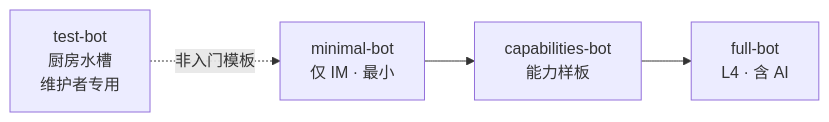
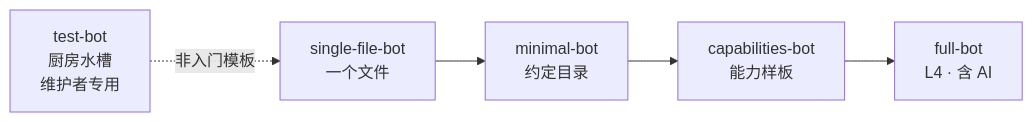
One commit to zhinjs/zhin changed the diagram in docs/examples/index.md. Above: the diagram before and after it, drawn with Mermaid. The commit also changed other lines of this file and 67 other files, not shown here.

First line of the commit message:
feat: enhance single-file bot capabilities and command structure

````diff
--- a/docs/examples/index.md
+++ b/docs/examples/index.md
@@ -12,6 +13,7 @@
 ```mermaid
 flowchart LR
-  A[minimal-bot<br/>仅 IM · 最小] --> B[capabilities-bot<br/>能力样板]
+  S[single-file-bot<br/>一个文件] --> A[minimal-bot<br/>约定目录]
+  A --> B[capabilities-bot<br/>能力样板]
   B --> C[full-bot<br/>L4 · 含 AI]
-  D[test-bot<br/>厨房水槽<br/>维护者专用] -. 非入门模板 .-> A
+  D[test-bot<br/>厨房水槽<br/>维护者专用] -. 非入门模板 .-> S
 ```
````
